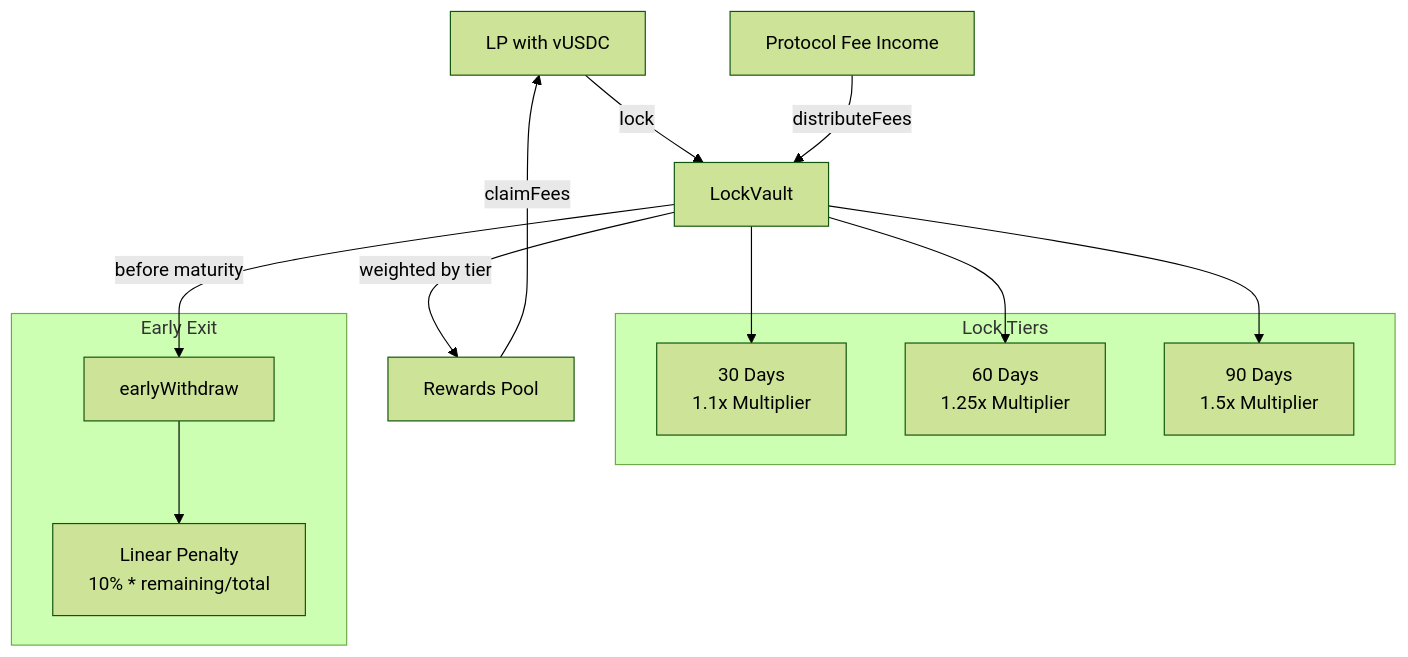
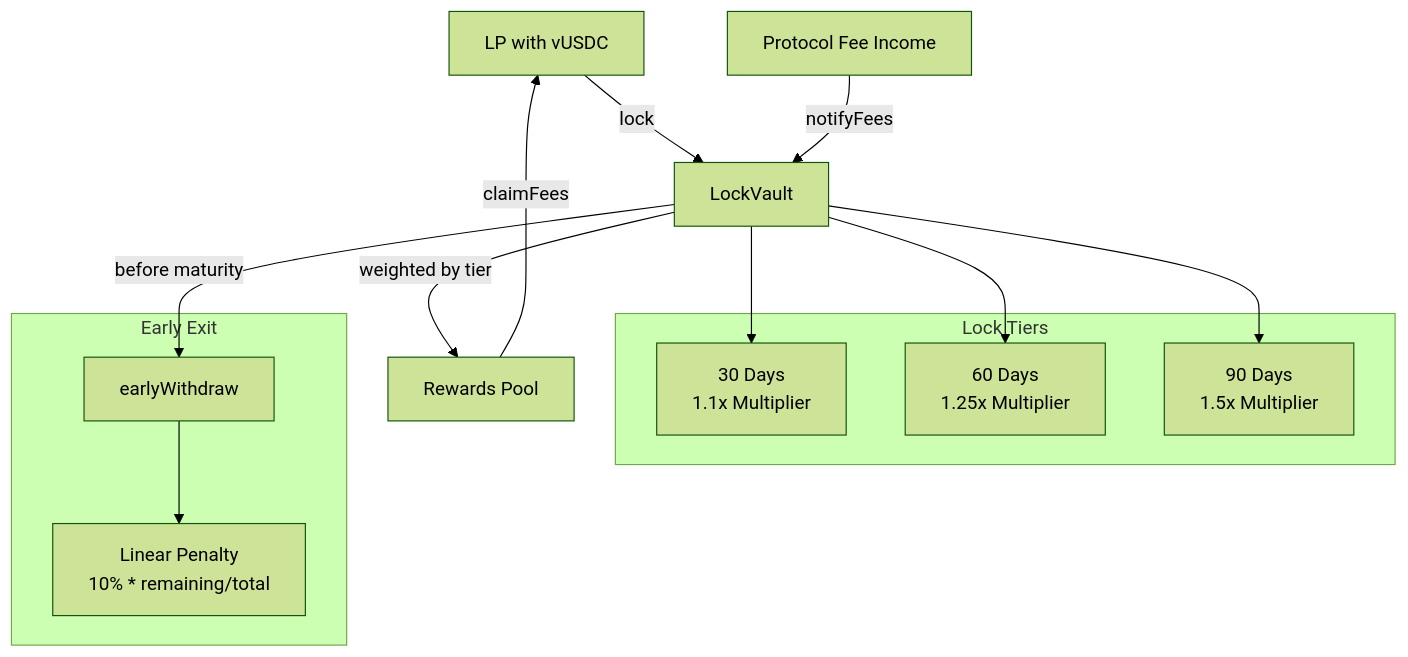
The fourth of 5 diagrams in README.md (stragitech/parlaycity), drawn with Mermaid (forest theme) before and after one commit. The commit also changed 17 other files, not shown here.

````diff
--- a/README.md
+++ b/README.md
@@ -112,22 +112,22 @@
 ```mermaid
 graph TB
     subgraph Lock Tiers
         T1["30 Days<br/>1.1x Multiplier"]
         T2["60 Days<br/>1.25x Multiplier"]
         T3["90 Days<br/>1.5x Multiplier"]
     end
 
     LP[LP with vUSDC] -->|lock| LV[LockVault]
     LV --> T1 & T2 & T3
 
-    FEE[Protocol Fee Income] -->|distributeFees| LV
+    FEE[Protocol Fee Income] -->|notifyFees| LV
     LV -->|weighted by tier| R1[Rewards Pool]
     R1 -->|claimFees| LP
 
     subgraph Early Exit
         EW[earlyWithdraw]
         PEN["Linear Penalty<br/>10% * remaining/total"]
     end
 
     LV -->|before maturity| EW --> PEN
 ```
````
